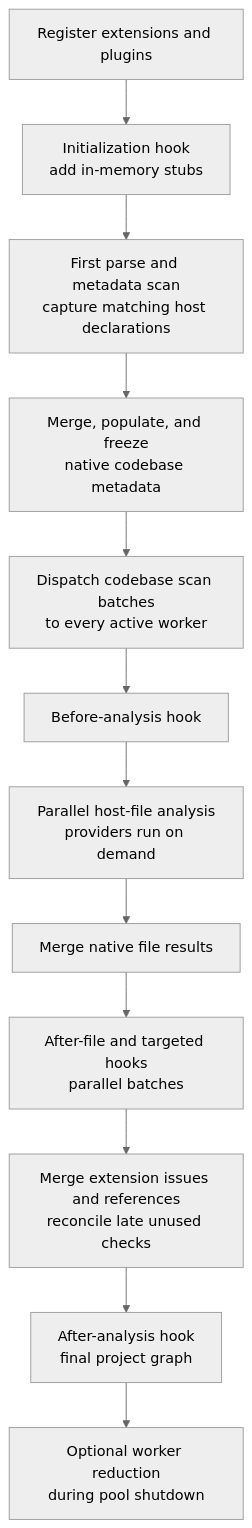
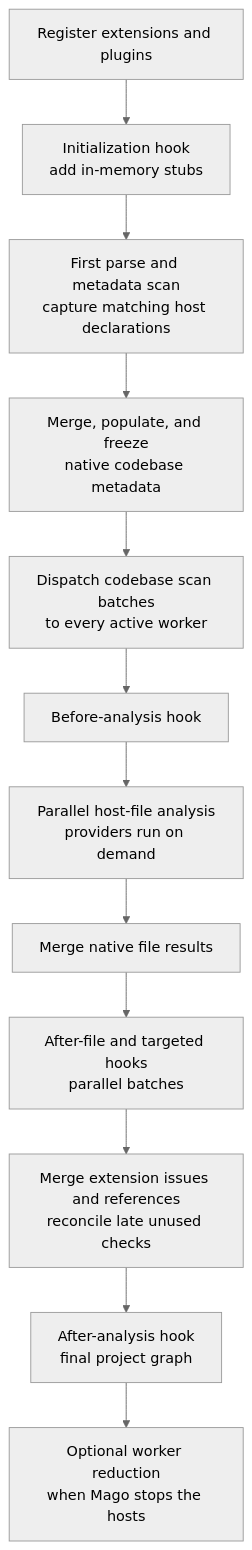
The diagram in docs/content/en/extensions/analyzer/lifecycle-hooks.md (heyJordanParker/mago-sharp), drawn with Mermaid (neutral theme) before and after one commit. The commit also changed other lines of this file and 129 other files, not shown here.

````diff
--- a/docs/content/en/extensions/analyzer/lifecycle-hooks.md
+++ b/docs/content/en/extensions/analyzer/lifecycle-hooks.md
@@ -14,14 +14,14 @@
 ```mermaid
 flowchart TB
     Register["Register extensions and plugins"] --> Init["Initialization hook<br/>add in-memory stubs"]
     Init --> FirstParse["First parse and metadata scan<br/>capture matching host declarations"]
     FirstParse --> Freeze["Merge, populate, and freeze<br/>native codebase metadata"]
     Freeze --> Scan["Dispatch codebase scan batches<br/>to every active worker"]
     Scan --> Before["Before-analysis hook"]
     Before --> Analyze["Parallel host-file analysis<br/>providers run on demand"]
     Analyze --> NativeMerge["Merge native file results"]
     NativeMerge --> FileHooks["After-file and targeted hooks<br/>parallel batches"]
     FileHooks --> EffectMerge["Merge extension issues and references<br/>reconcile late unused checks"]
     EffectMerge --> After["After-analysis hook<br/>final project graph"]
-    After --> Reduce["Optional worker reduction<br/>during pool shutdown"]
+    After --> Reduce["Optional worker reduction<br/>when Mago stops the hosts"]
 ```
````
